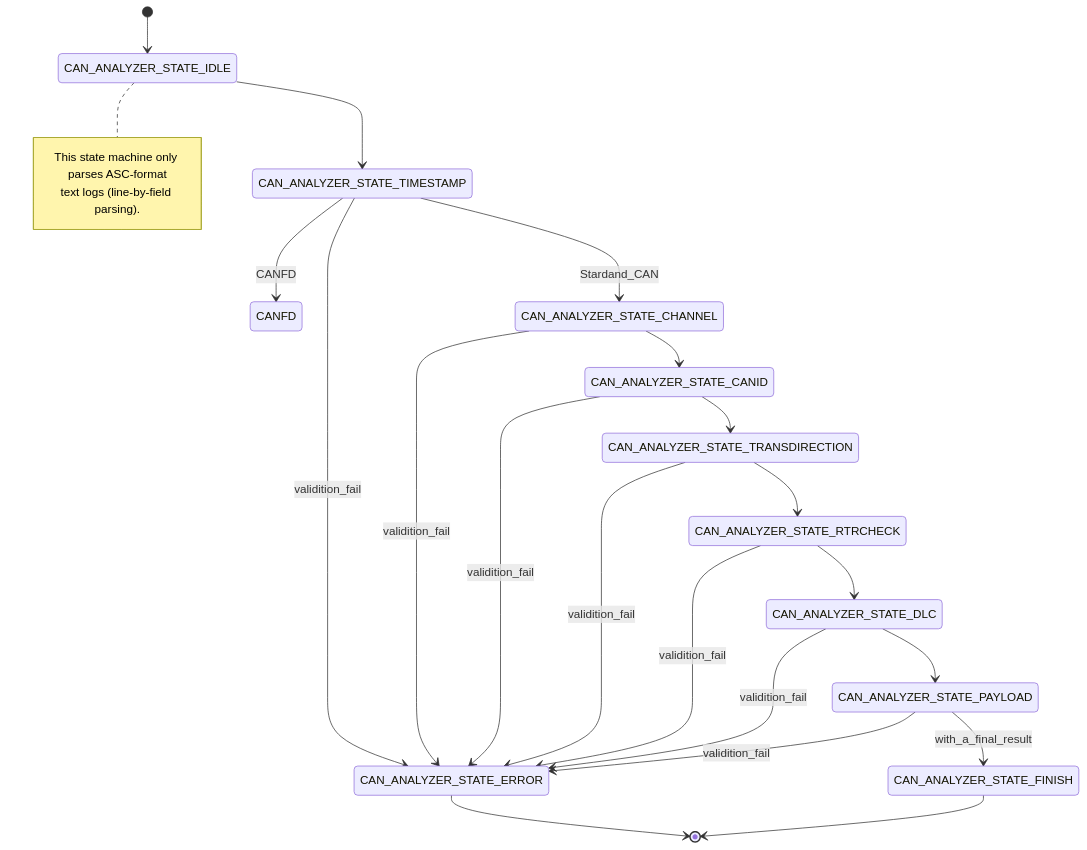
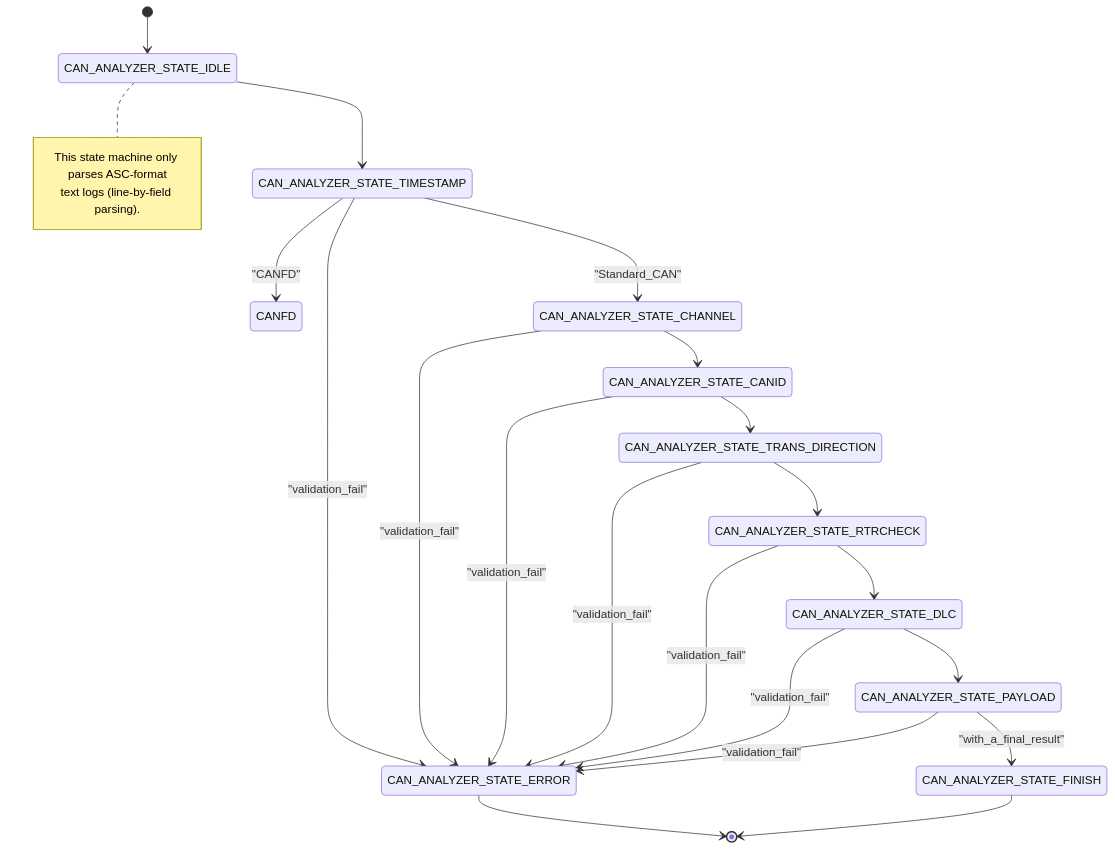
One commit to JacksonCui-Longji/Jackson-Embedded-Lab changed the diagram in Jackson-Embedded-Lab/Applications/CANAnalyzer/README.md. Above: the diagram before and after it, drawn with Mermaid.

Commit message:
Fix validation_fail typos in state diagram

````diff
--- a/Jackson-Embedded-Lab/Applications/CANAnalyzer/README.md
+++ b/Jackson-Embedded-Lab/Applications/CANAnalyzer/README.md
@@ -1,29 +1,36 @@
 ```mermaid
 stateDiagram-v2
     [*] --> CAN_ANALYZER_STATE_IDLE
 
-    %% state "move cursor to timestamp" as CAN_ANALYZER_STATE_IDLE
     note right of CAN_ANALYZER_STATE_IDLE
         This state machine only parses ASC-format
         text logs (line-by-field parsing).
     end note
 
     CAN_ANALYZER_STATE_IDLE --> CAN_ANALYZER_STATE_TIMESTAMP
-    CAN_ANALYZER_STATE_TIMESTAMP --> CANFD: CANFD
-    CAN_ANALYZER_STATE_TIMESTAMP --> CAN_ANALYZER_STATE_CHANNEL: Stardand_CAN
-    CAN_ANALYZER_STATE_TIMESTAMP --> CAN_ANALYZER_STATE_ERROR: validition_fail
+
+    CAN_ANALYZER_STATE_TIMESTAMP --> CANFD: "CANFD"
+    CAN_ANALYZER_STATE_TIMESTAMP --> CAN_ANALYZER_STATE_CHANNEL: "Standard_CAN"
+    CAN_ANALYZER_STATE_TIMESTAMP --> CAN_ANALYZER_STATE_ERROR: "validation_fail"
+
     CAN_ANALYZER_STATE_CHANNEL --> CAN_ANALYZER_STATE_CANID
-    CAN_ANALYZER_STATE_CHANNEL --> CAN_ANALYZER_STATE_ERROR: validition_fail
-    CAN_ANALYZER_STATE_CANID --> CAN_ANALYZER_STATE_TRANSDIRECTION
-    CAN_ANALYZER_STATE_CANID --> CAN_ANALYZER_STATE_ERROR: validition_fail
-    CAN_ANALYZER_STATE_TRANSDIRECTION --> CAN_ANALYZER_STATE_RTRCHECK
-    CAN_ANALYZER_STATE_TRANSDIRECTION --> CAN_ANALYZER_STATE_ERROR: validition_fail
+    CAN_ANALYZER_STATE_CHANNEL --> CAN_ANALYZER_STATE_ERROR: "validation_fail"
+
+    CAN_ANALYZER_STATE_CANID --> CAN_ANALYZER_STATE_TRANS_DIRECTION
+    CAN_ANALYZER_STATE_CANID --> CAN_ANALYZER_STATE_ERROR: "validation_fail"
+
+    CAN_ANALYZER_STATE_TRANS_DIRECTION --> CAN_ANALYZER_STATE_RTRCHECK
+    CAN_ANALYZER_STATE_TRANS_DIRECTION --> CAN_ANALYZER_STATE_ERROR: "validation_fail"
+
     CAN_ANALYZER_STATE_RTRCHECK --> CAN_ANALYZER_STATE_DLC
-    CAN_ANALYZER_STATE_RTRCHECK --> CAN_ANALYZER_STATE_ERROR: validition_fail
+    CAN_ANALYZER_STATE_RTRCHECK --> CAN_ANALYZER_STATE_ERROR: "validation_fail"
+
     CAN_ANALYZER_STATE_DLC --> CAN_ANALYZER_STATE_PAYLOAD
-    CAN_ANALYZER_STATE_DLC --> CAN_ANALYZER_STATE_ERROR: validition_fail
-    CAN_ANALYZER_STATE_PAYLOAD --> CAN_ANALYZER_STATE_FINISH: with_a_final_result
-    CAN_ANALYZER_STATE_PAYLOAD --> CAN_ANALYZER_STATE_ERROR: validition_fail
+    CAN_ANALYZER_STATE_DLC --> CAN_ANALYZER_STATE_ERROR: "validation_fail"
+
+    CAN_ANALYZER_STATE_PAYLOAD --> CAN_ANALYZER_STATE_FINISH: "with_a_final_result"
+    CAN_ANALYZER_STATE_PAYLOAD --> CAN_ANALYZER_STATE_ERROR: "validation_fail"
+
     CAN_ANALYZER_STATE_ERROR --> [*]
     CAN_ANALYZER_STATE_FINISH --> [*]
 ```
````
